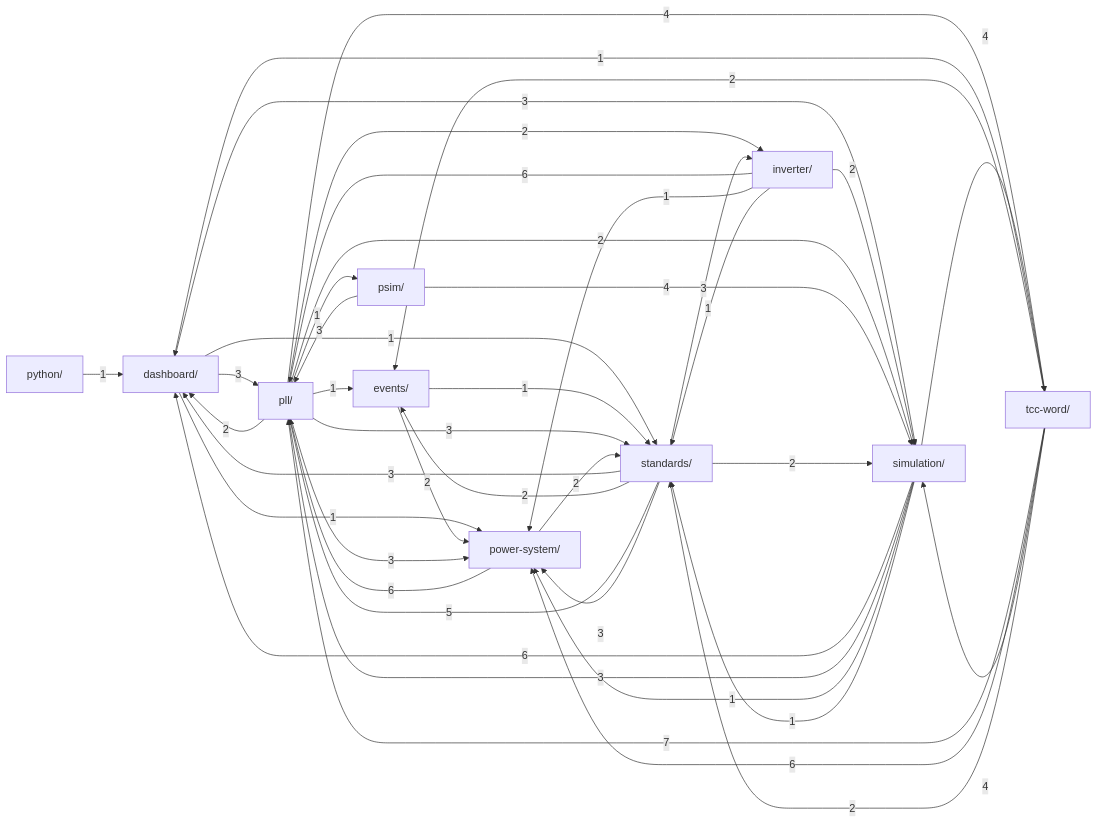
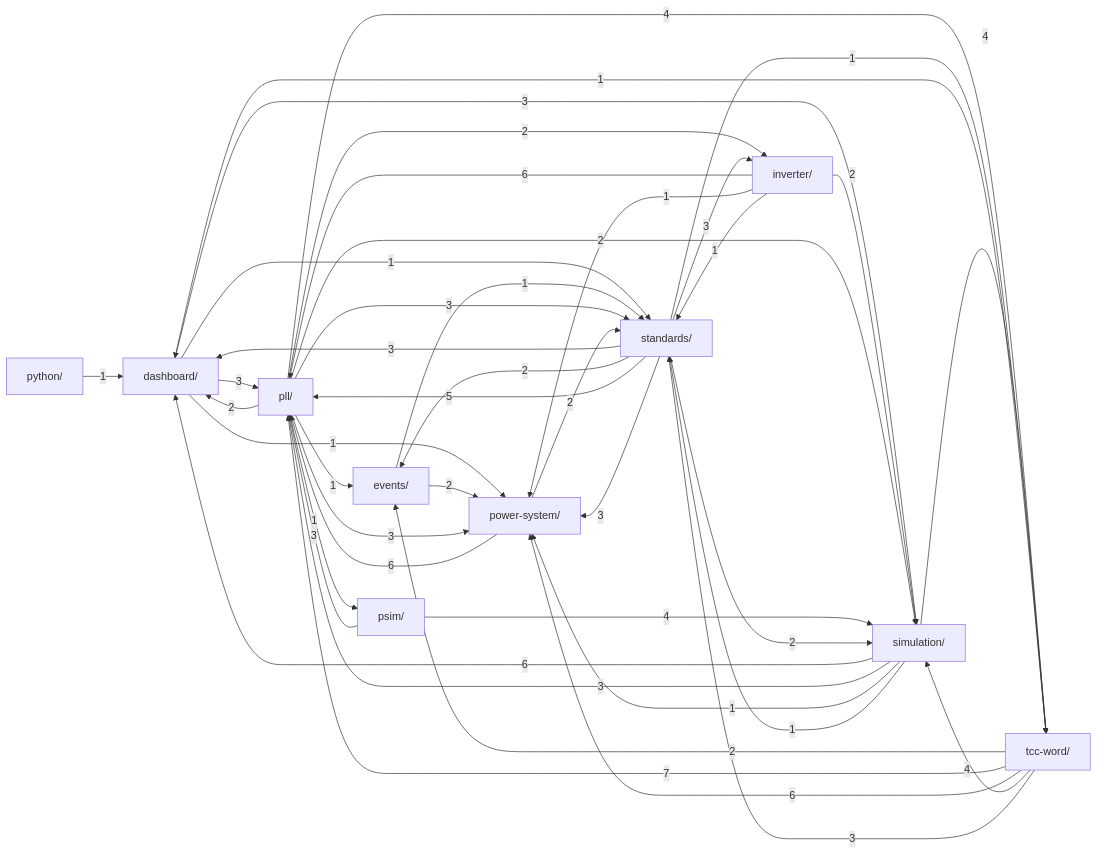
The diagram in .claude/kb/grafo.md (GGHB0/pll_stability_9bus), drawn with Mermaid before and after one commit. The commit also changed 15 other files, not shown here.

````diff
--- a/.claude/kb/grafo.md
+++ b/.claude/kb/grafo.md
@@ -12,53 +12,54 @@
 ```mermaid
 graph LR
     dashboard["dashboard/"]
     events["events/"]
     inverter["inverter/"]
     pll["pll/"]
     power_system["power-system/"]
     psim["psim/"]
     python["python/"]
     simulation["simulation/"]
     standards["standards/"]
     tcc_word["tcc-word/"]
     dashboard -->|3| pll
     dashboard -->|1| power_system
     dashboard -->|3| simulation
     dashboard -->|1| standards
     events -->|2| power_system
     events -->|1| standards
     inverter -->|6| pll
     inverter -->|1| power_system
     inverter -->|2| simulation
     inverter -->|1| standards
     pll -->|2| dashboard
     pll -->|1| events
     pll -->|2| inverter
     pll -->|3| power_system
     pll -->|1| psim
     pll -->|2| simulation
     pll -->|3| standards
     pll -->|4| tcc_word
     power_system -->|6| pll
     power_system -->|2| standards
     psim -->|3| pll
     psim -->|4| simulation
     python -->|1| dashboard
     simulation -->|6| dashboard
     simulation -->|3| pll
     simulation -->|1| power_system
     simulation -->|1| standards
     simulation -->|4| tcc_word
     standards -->|3| dashboard
     standards -->|2| events
     standards -->|3| inverter
     standards -->|5| pll
     standards -->|3| power_system
     standards -->|2| simulation
+    standards -->|1| tcc_word
     tcc_word -->|1| dashboard
     tcc_word -->|2| events
     tcc_word -->|7| pll
     tcc_word -->|6| power_system
     tcc_word -->|4| simulation
-    tcc_word -->|2| standards
+    tcc_word -->|3| standards
 ```
````
